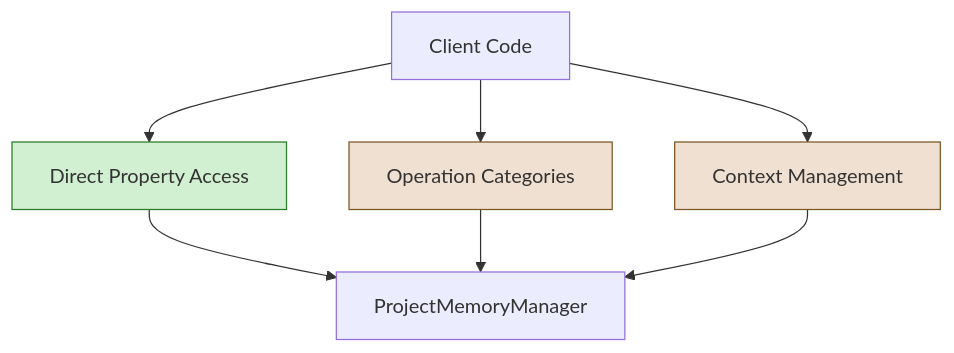
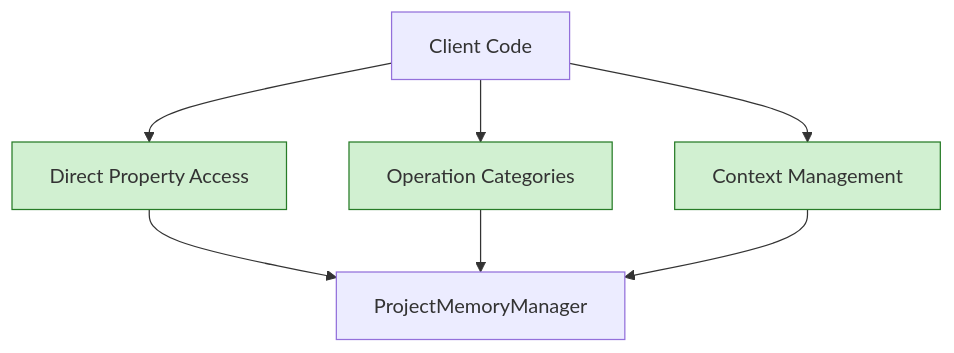
Before and after one commit to infercode/mcp-vibe-coding-package: the first of 3 diagrams in docs/project_memory_integration_plan.md, drawn with Mermaid. The commit also changed other lines of this file and 3 other files, not shown here.

````diff
--- a/docs/project_memory_integration_plan.md
+++ b/docs/project_memory_integration_plan.md
@@ -27,15 +27,14 @@
 ```mermaid
 graph TD
     Client[Client Code] --> D[Direct Property Access]
     Client --> O[Operation Categories]
     Client --> C[Context Management]
     D --> PM[ProjectMemoryManager]
     O --> PM
     C --> PM
     
     classDef current fill:#d1f0d1,stroke:#277c27;
     classDef planned fill:#f0e0d1,stroke:#7c5627;
     
-    class D current;
-    class O,C planned;
+    class D,O,C current;
 ```
````
